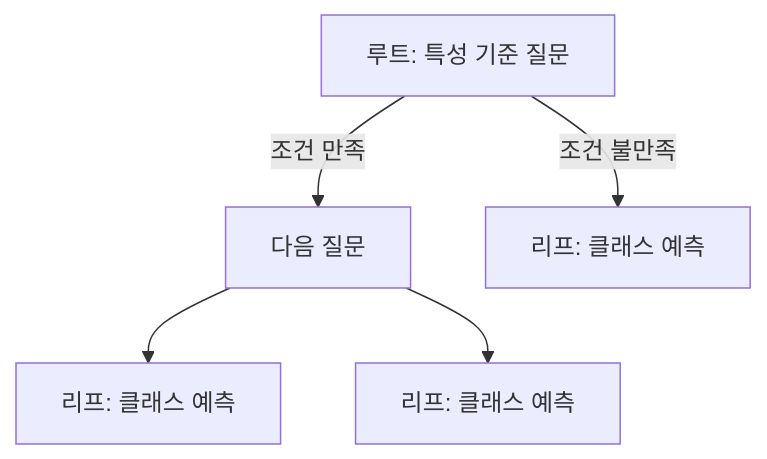
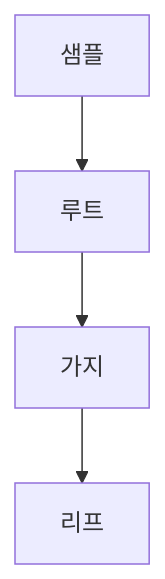
Before and after one commit to umyunsang/edu: the diagram in ComputerScience/03_ai-ml-data/ml-projects/notes/07. 결정 트리와 가지치기.md, drawn with Mermaid. The commit also changed other lines of this file and 20 other files, not shown here.

````diff
--- a/ComputerScience/03_ai-ml-data/ml-projects/notes/07. 결정 트리와 가지치기.md
+++ b/ComputerScience/03_ai-ml-data/ml-projects/notes/07. 결정 트리와 가지치기.md
@@ -34,7 +19,6 @@
 ```mermaid
-flowchart TD
-    A[루트: 특성 기준 질문] -->|조건 만족| B[다음 질문]
-    A -->|조건 불만족| C[리프: 클래스 예측]
-    B --> D[리프: 클래스 예측]
-    B --> E[리프: 클래스 예측]
+flowchart TB
+    A[샘플] --> B[루트]
+    B --> C[가지]
+    C --> D[리프]
 ```
````
